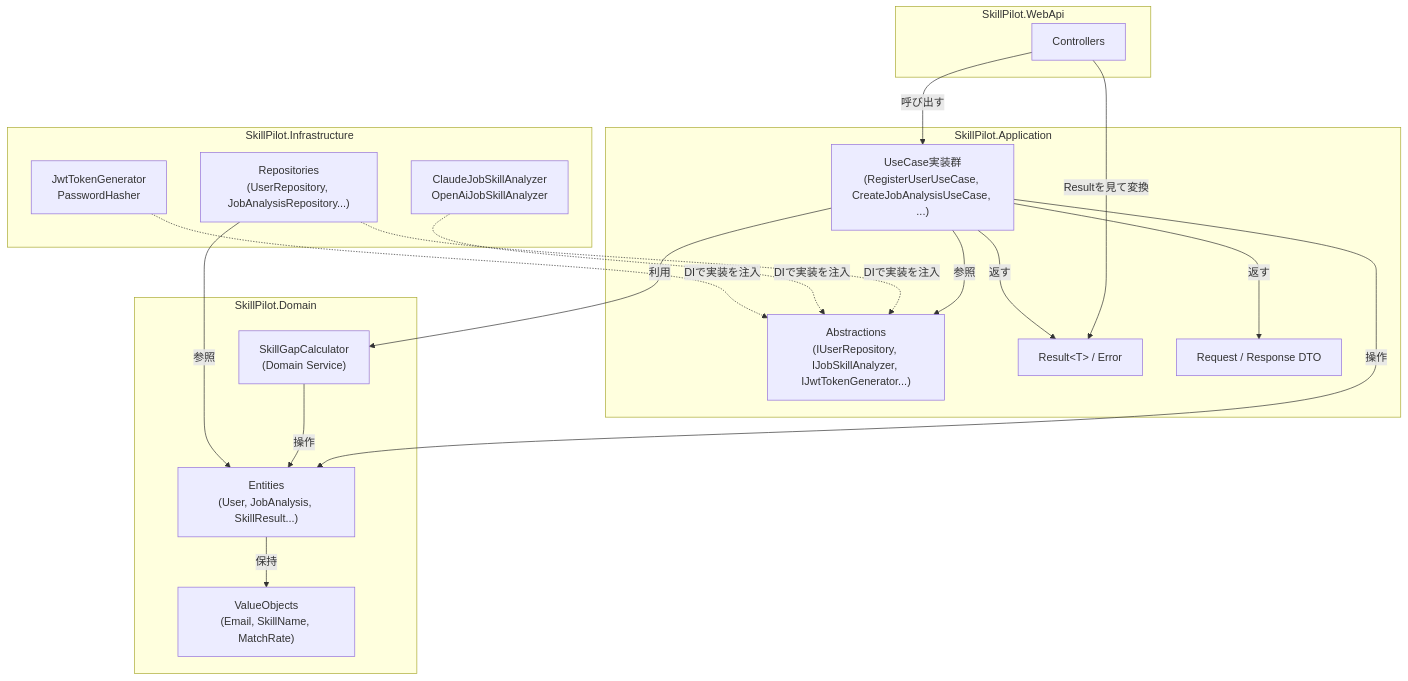
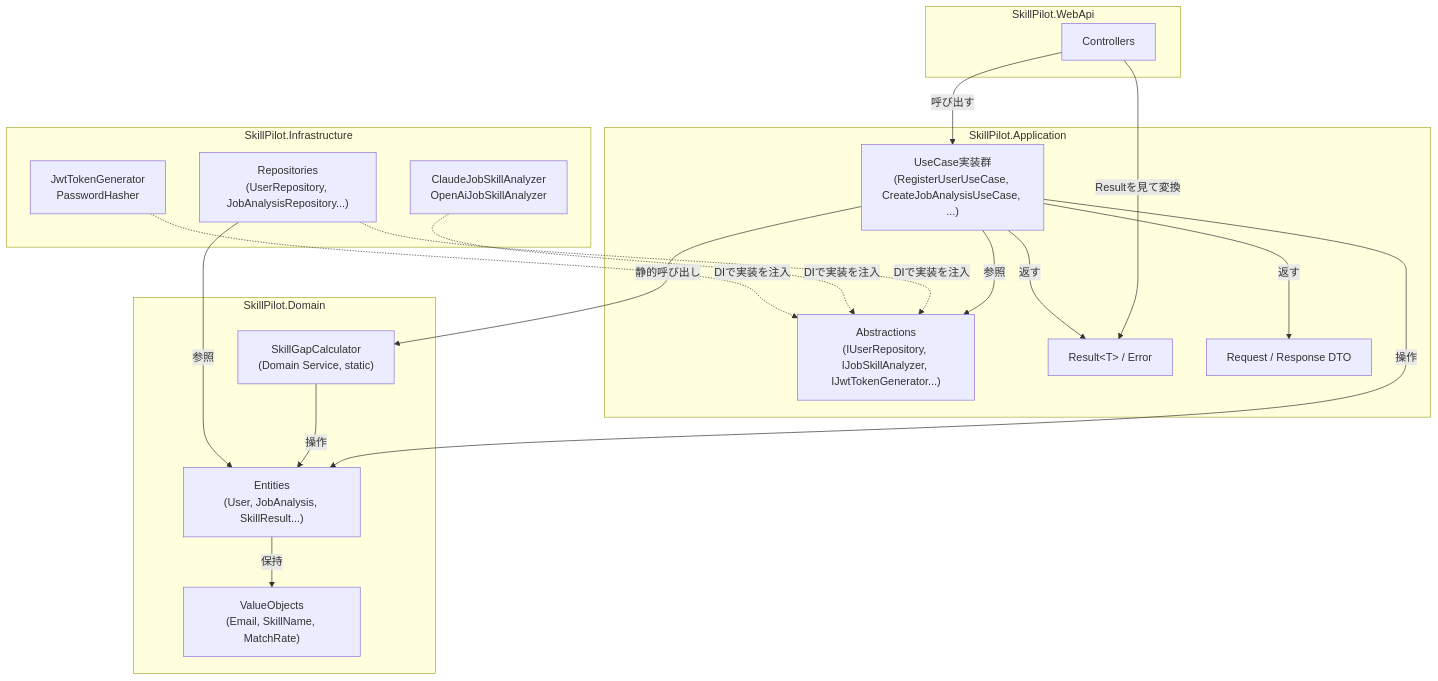
The diagram in docs/architecture.md (leanlab842-art/skill-pilot), drawn with Mermaid before and after one commit. The commit also changed other lines of this file and 32 other files, not shown here.

````diff
--- a/docs/architecture.md
+++ b/docs/architecture.md
@@ -643,40 +644,40 @@
 ```mermaid
 graph TD
     subgraph WebApi["SkillPilot.WebApi"]
         Controllers["Controllers"]
     end
 
     subgraph Application["SkillPilot.Application"]
         UseCases["UseCase実装群<br/>(RegisterUserUseCase, CreateJobAnalysisUseCase, ...)"]
         Abstractions["Abstractions<br/>(IUserRepository, IJobSkillAnalyzer, IJwtTokenGenerator...)"]
         ResultType["Result&lt;T&gt; / Error"]
         Dtos["Request / Response DTO"]
     end
 
     subgraph Domain["SkillPilot.Domain"]
         Entities["Entities<br/>(User, JobAnalysis, SkillResult...)"]
-        SkillGapCalculator["SkillGapCalculator<br/>(Domain Service)"]
+        SkillGapCalculator["SkillGapCalculator<br/>(Domain Service, static)"]
         ValueObjects["ValueObjects<br/>(Email, SkillName, MatchRate)"]
     end
 
     subgraph Infrastructure["SkillPilot.Infrastructure"]
         Repositories["Repositories<br/>(UserRepository, JobAnalysisRepository...)"]
         AiProviders["ClaudeJobSkillAnalyzer<br/>OpenAiJobSkillAnalyzer"]
         AuthImpl["JwtTokenGenerator<br/>PasswordHasher"]
     end
 
     Controllers -->|呼び出す| UseCases
     Controllers -->|Resultを見て変換| ResultType
     UseCases -->|参照| Abstractions
     UseCases -->|返す| Dtos
     UseCases -->|返す| ResultType
     UseCases -->|操作| Entities
-    UseCases -->|利用| SkillGapCalculator
+    UseCases -->|静的呼び出し| SkillGapCalculator
     SkillGapCalculator -->|操作| Entities
     Entities -->|保持| ValueObjects
 
     Repositories -.DIで実装を注入.-> Abstractions
     AiProviders -.DIで実装を注入.-> Abstractions
     AuthImpl -.DIで実装を注入.-> Abstractions
     Repositories -->|参照| Entities
 ```
````
